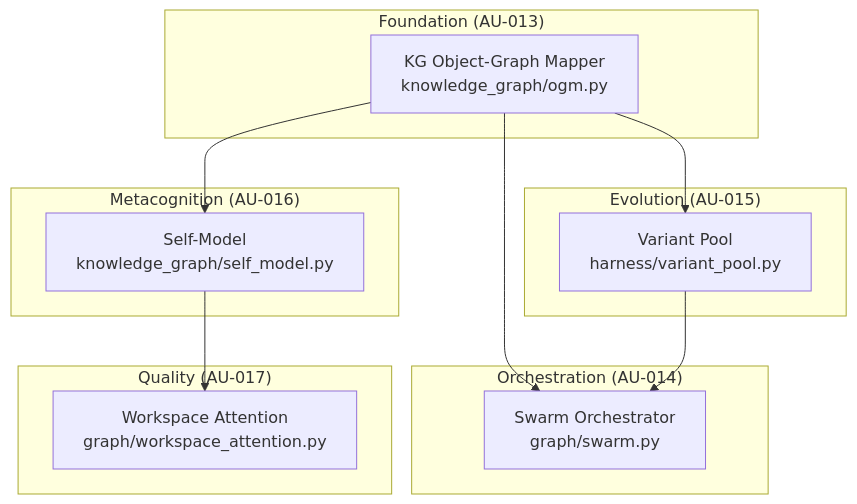
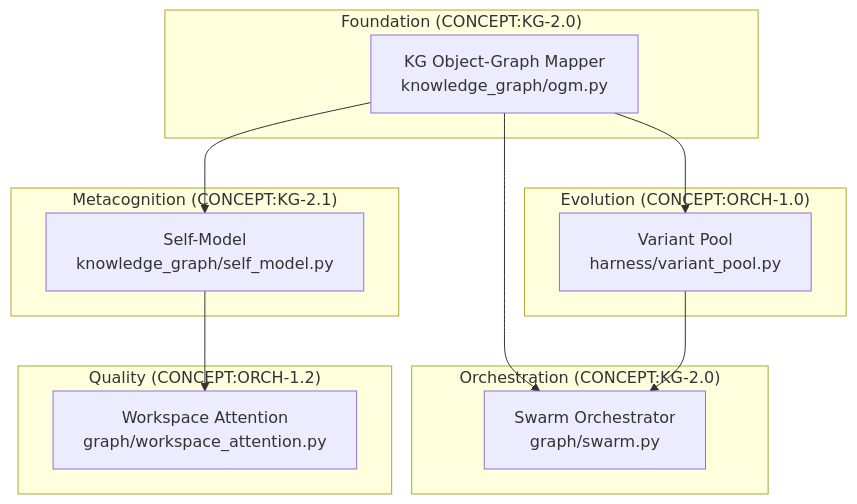
One commit to Knuckles-Team/agent-utilities changed the diagram in docs/emergent-architecture.md. Above: the diagram before and after it, drawn with Mermaid. The commit also changed other lines of this file and 183 other files, not shown here.

````diff
--- a/docs/emergent-architecture.md
+++ b/docs/emergent-architecture.md
@@ -18,28 +18,28 @@
 ```mermaid
 graph TD
-    subgraph "Foundation (AU-013)"
+    subgraph "Foundation (CONCEPT:KG-2.0)"
         OGM["KG Object-Graph Mapper<br/>knowledge_graph/ogm.py"]
     end
 
-    subgraph "Evolution (AU-015)"
+    subgraph "Evolution (CONCEPT:ORCH-1.0)"
         VP["Variant Pool<br/>harness/variant_pool.py"]
     end
 
-    subgraph "Metacognition (AU-016)"
+    subgraph "Metacognition (CONCEPT:KG-2.1)"
         SM["Self-Model<br/>knowledge_graph/self_model.py"]
     end
 
-    subgraph "Orchestration (AU-014)"
+    subgraph "Orchestration (CONCEPT:KG-2.0)"
         SW["Swarm Orchestrator<br/>graph/swarm.py"]
     end
 
-    subgraph "Quality (AU-017)"
+    subgraph "Quality (CONCEPT:ORCH-1.2)"
         GWT["Workspace Attention<br/>graph/workspace_attention.py"]
     end
 
     OGM --> VP
     OGM --> SM
     OGM --> SW
     SM --> GWT
     VP --> SW
 ```
````
